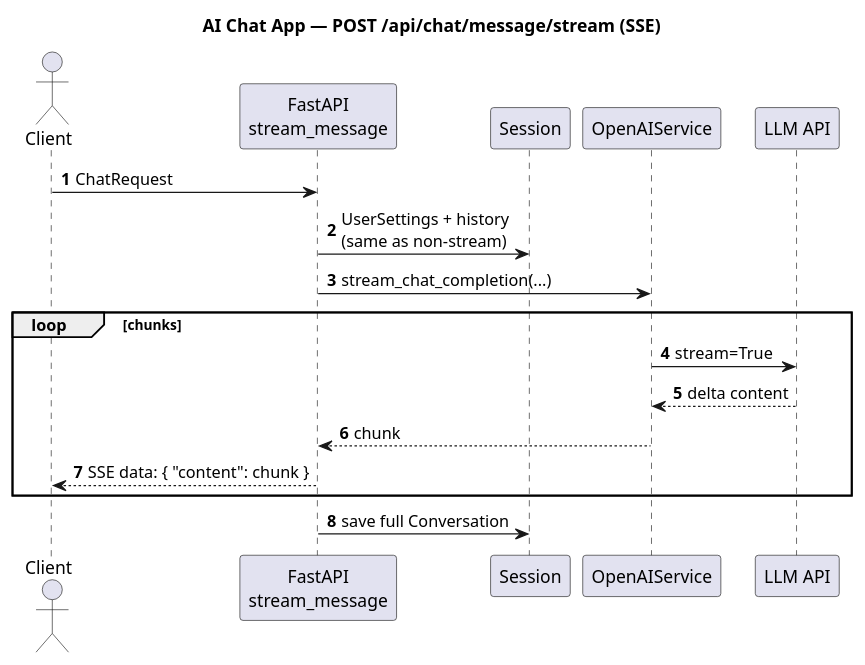
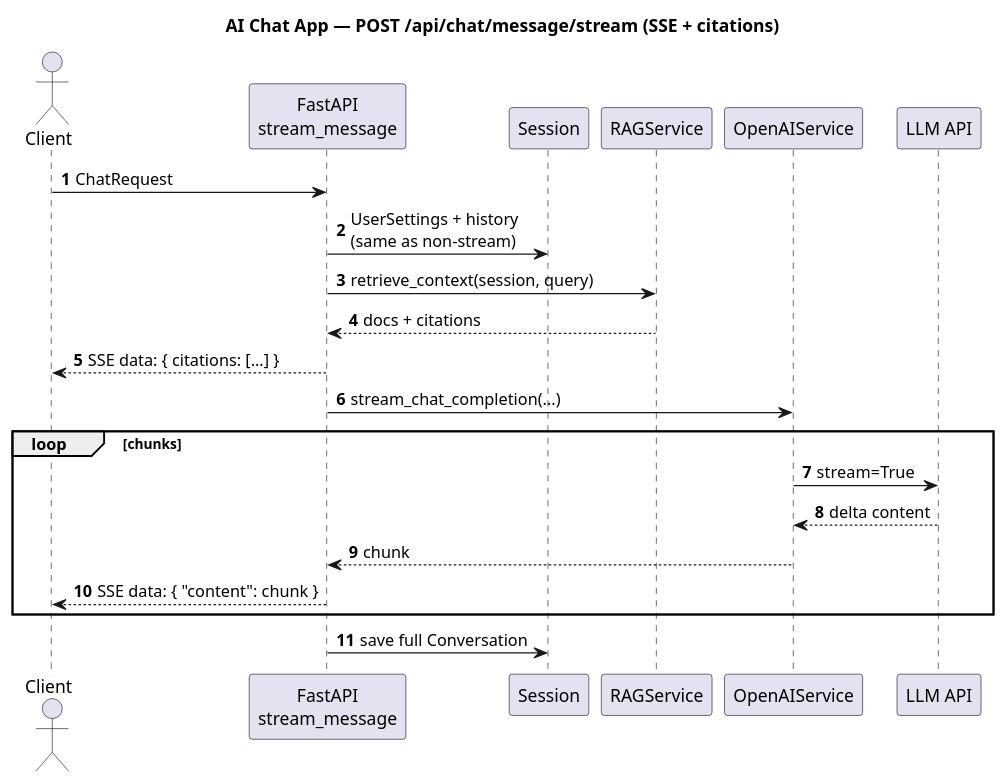
One commit to fairywell28/Ai-Chat-App changed the fifth of 6 diagrams in uml/ai-chat-app.puml. Above: the diagram before and after it, drawn with PlantUML. The commit also changed other lines of this file and 8 other files, not shown here.

```diff
--- a/uml/ai-chat-app.puml
+++ b/uml/ai-chat-app.puml
@@ -164,21 +203,25 @@
 @startuml AI-Chat-App_Sequence_Stream
-title AI Chat App — POST /api/chat/message/stream (SSE)
+title AI Chat App — POST /api/chat/message/stream (SSE + citations)
 autonumber
 actor Client
 participant "FastAPI\nstream_message" as API
 participant "Session" as DB
+participant "RAGService" as RAG
 participant "OpenAIService" as OAI
 participant "LLM API" as LLM
 
 Client -> API : ChatRequest
 API -> DB : UserSettings + history\n(same as non-stream)
+API -> RAG : retrieve_context(session, query)
+RAG --> API : docs + citations
+API --> Client : SSE data: { citations: [...] }
 API -> OAI : stream_chat_completion(...)
 loop chunks
   OAI -> LLM : stream=True
   LLM --> OAI : delta content
   OAI --> API : chunk
   API --> Client : SSE data: { "content": chunk }
 end
 API -> DB : save full Conversation
 
 @enduml
```
